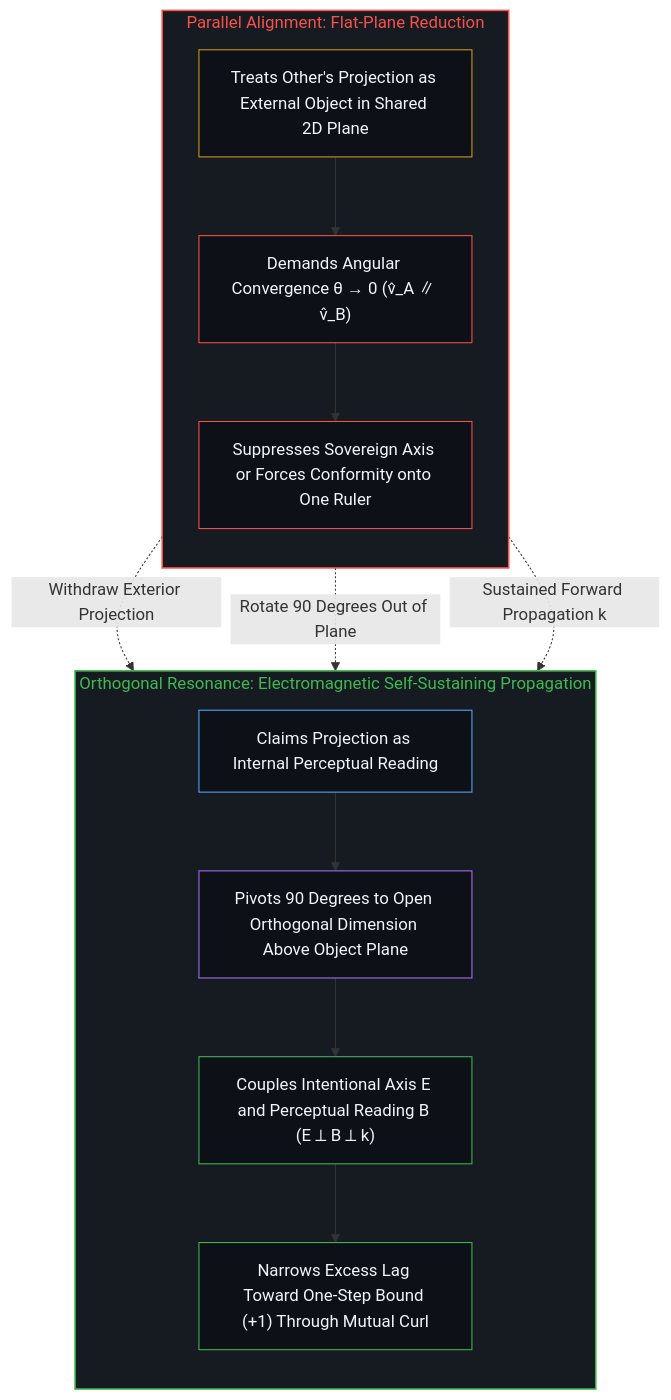
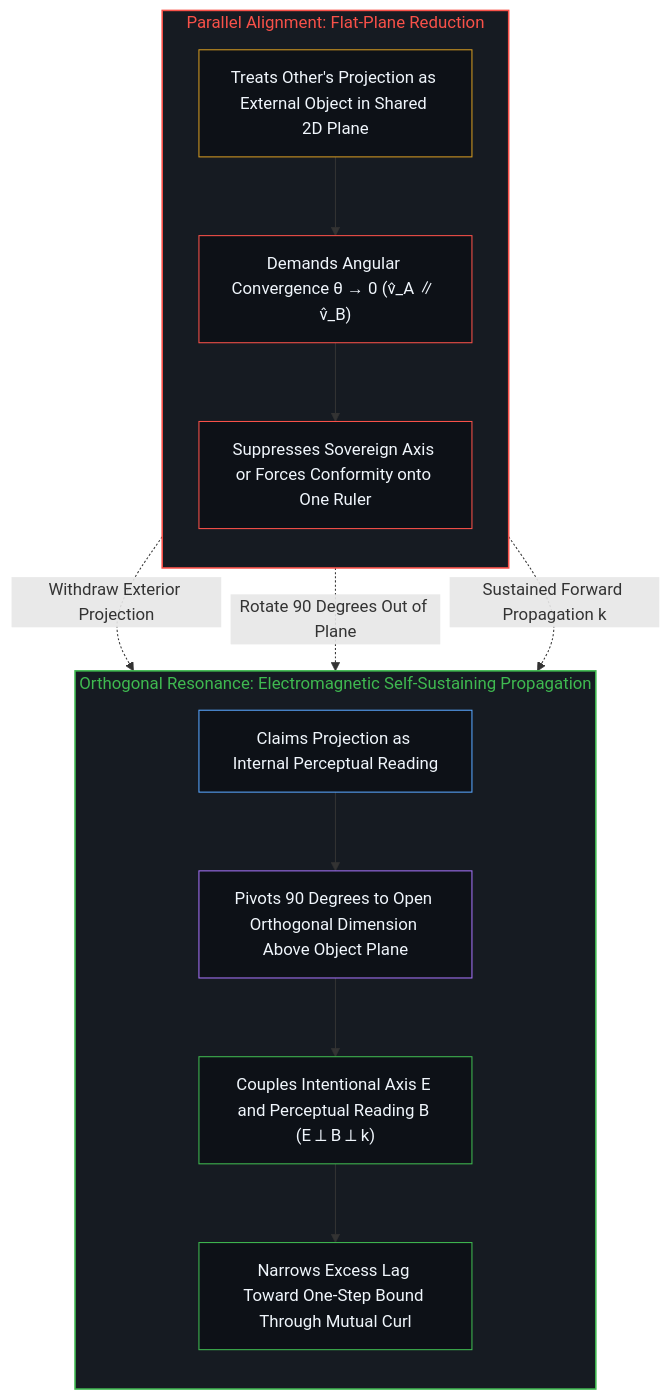
The eighth of 8 diagrams in content/posts/the-mind-as-vector-and-coordinate-system.md (powerpig99/not-a-toe), drawn with Mermaid before and after one commit. The commit also changed other lines of this file and 13 other files, not shown here.

````diff
--- a/content/posts/the-mind-as-vector-and-coordinate-system.md
+++ b/content/posts/the-mind-as-vector-and-coordinate-system.md
@@ -254,30 +254,30 @@
 ```mermaid
 flowchart TD
     subgraph S_Parallel["Parallel Alignment: Flat-Plane Reduction"]
         direction TB
         P1["Treats Other's Projection as External Object in Shared 2D Plane"]
         P2["Demands Angular Convergence θ → 0 (v̂_A ∥ v̂_B)"]
         P3["Suppresses Sovereign Axis or Forces Conformity onto One Ruler"]
         P1 --> P2 --> P3
     end
     subgraph S_Ortho["Orthogonal Resonance: Electromagnetic Self-Sustaining Propagation"]
         direction TB
         E1["Claims Projection as Internal Perceptual Reading"]
         E2["Pivots 90 Degrees to Open Orthogonal Dimension Above Object Plane"]
         E3["Couples Intentional Axis E and Perceptual Reading B (E ⟂ B ⟂ k)"]
-        E4["Narrows Excess Lag Toward One-Step Bound (+1) Through Mutual Curl"]
+        E4["Narrows Excess Lag Toward One-Step Bound Through Mutual Curl"]
         E1 --> E2 --> E3 --> E4
     end
     P1 -.->|"Withdraw Exterior Projection"| E1
     P2 -.->|"Rotate 90 Degrees Out of Plane"| E2
     P3 -.->|"Sustained Forward Propagation k"| E4
     style S_Parallel fill:#161b22,stroke:#f85149,stroke-width:1.5px,color:#f85149
     style S_Ortho fill:#161b22,stroke:#3fb950,stroke-width:1.5px,color:#3fb950
     style P1 fill:#0d1117,stroke:#d29922,stroke-width:1px,color:#f0f6fc
     style P2 fill:#0d1117,stroke:#f85149,stroke-width:1px,color:#f0f6fc
     style P3 fill:#0d1117,stroke:#f85149,stroke-width:1px,color:#f0f6fc
     style E1 fill:#0d1117,stroke:#58a6ff,stroke-width:1px,color:#f0f6fc
     style E2 fill:#0d1117,stroke:#a371f7,stroke-width:1px,color:#f0f6fc
     style E3 fill:#0d1117,stroke:#3fb950,stroke-width:1px,color:#f0f6fc
     style E4 fill:#0d1117,stroke:#3fb950,stroke-width:1px,color:#f0f6fc
 ```
````
